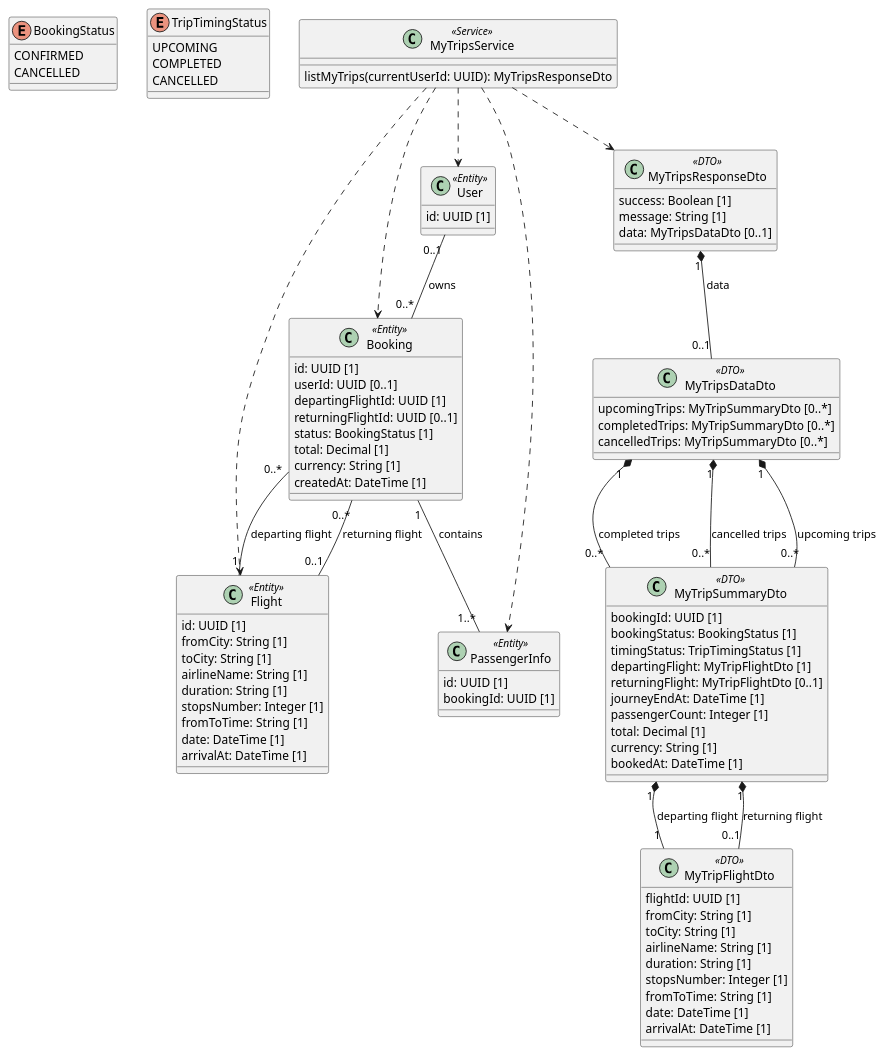
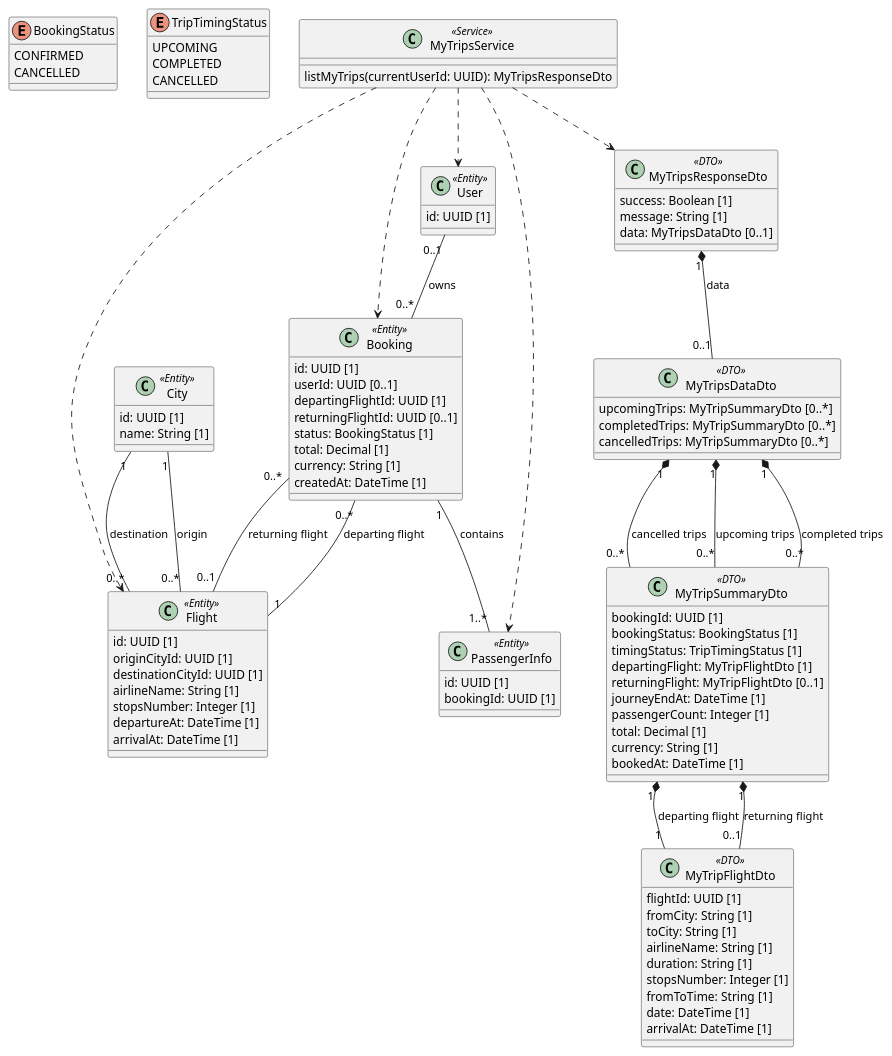
The diagram in 01-inception/use-cases/uc-12-view-my-trips.md (khanhNguyenHong2311/VT-TripmaSpecification), drawn with PlantUML before and after one commit. The commit also changed other lines of this file and 19 other files, not shown here.

```diff
--- a/01-inception/use-cases/uc-12-view-my-trips.md
+++ b/01-inception/use-cases/uc-12-view-my-trips.md
@@ -119,15 +124,18 @@
   createdAt: DateTime [1]
 }
 
+class City <<Entity>> {
+  id: UUID [1]
+  name: String [1]
+}
+
 class Flight <<Entity>> {
   id: UUID [1]
-  fromCity: String [1]
-  toCity: String [1]
+  originCityId: UUID [1]
+  destinationCityId: UUID [1]
   airlineName: String [1]
-  duration: String [1]
   stopsNumber: Integer [1]
-  fromToTime: String [1]
-  date: DateTime [1]
+  departureAt: DateTime [1]
   arrivalAt: DateTime [1]
 }
 
@@ -180,6 +188,8 @@
 User "0..1" -- "0..*" Booking : owns
 Booking "0..*" -- "1" Flight : departing flight
 Booking "0..*" -- "0..1" Flight : returning flight
+City "1" -- "0..*" Flight : origin
+City "1" -- "0..*" Flight : destination
 Booking "1" -- "1..*" PassengerInfo : contains
 
 MyTripSummaryDto "1" *-- "1" MyTripFlightDto : departing flight
```
